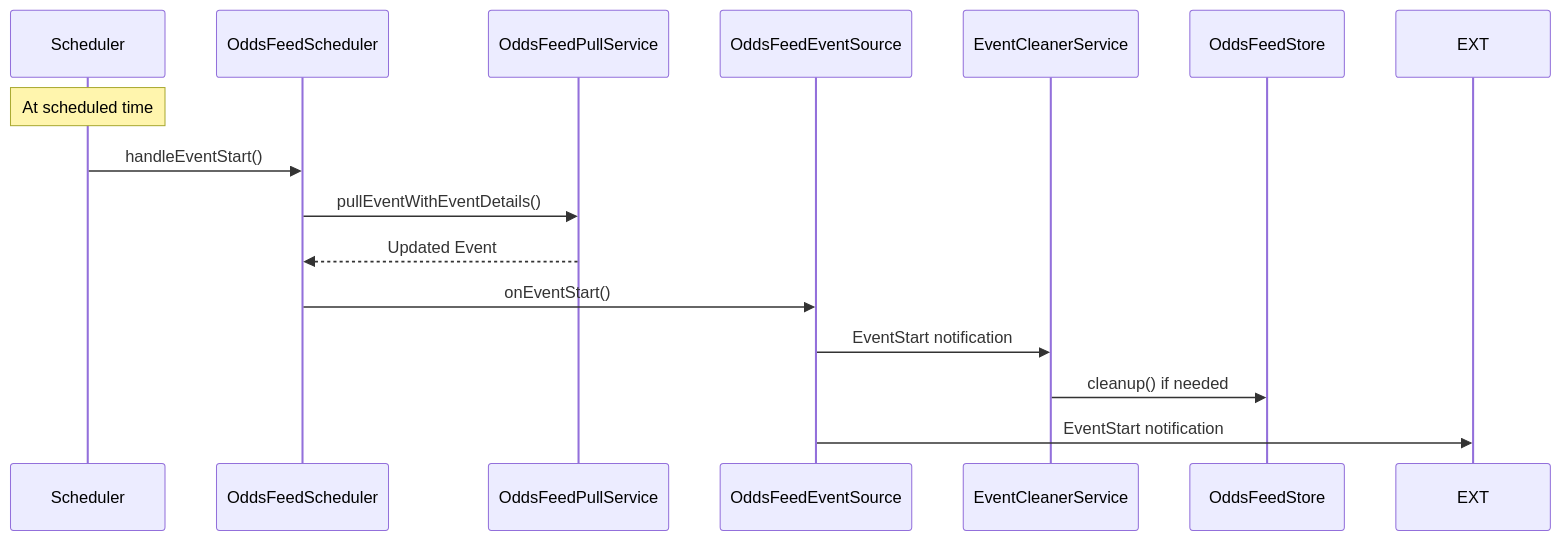
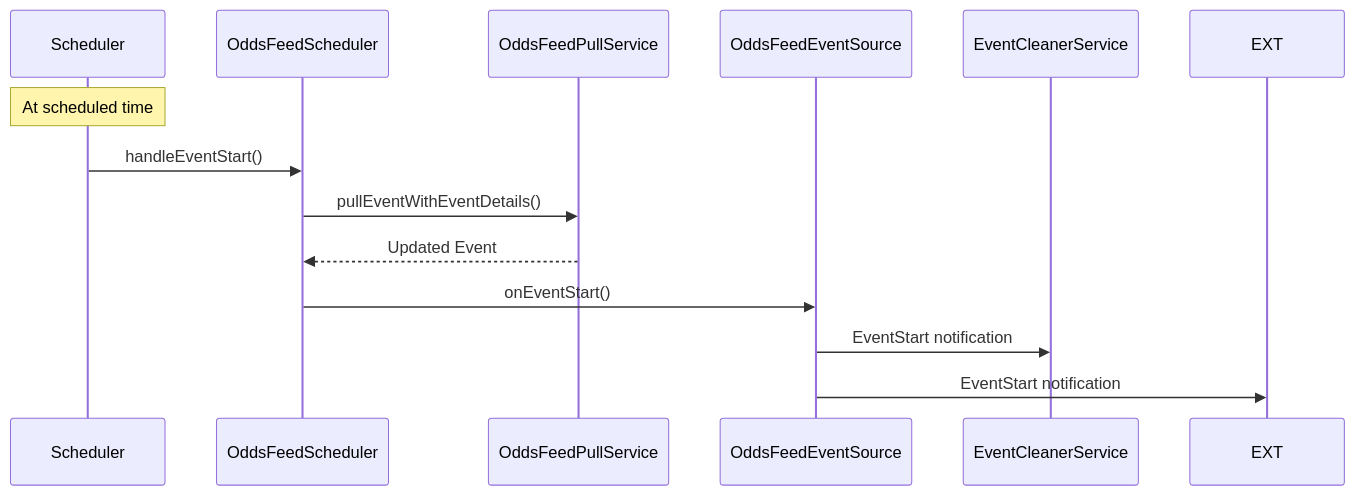
One commit to starixvn/l1_marble-games_odds-feed-client changed the third of 3 diagrams in README.md. Above: the diagram before and after it, drawn with Mermaid. The commit also changed other lines of this file and 25 other files, not shown here.

````diff
--- a/README.md
+++ b/README.md
@@ -116,18 +301,16 @@
 ```mermaid
 sequenceDiagram
     participant SCH as Scheduler
     participant SC as OddsFeedScheduler
     participant PS as OddsFeedPullService
     participant ES as OddsFeedEventSource
     participant CL as EventCleanerService
-    participant ST as OddsFeedStore
 
     Note over SCH: At scheduled time
     SCH->>SC: handleEventStart()
     SC->>PS: pullEventWithEventDetails()
     PS-->>SC: Updated Event
     SC->>ES: onEventStart()
     ES->>CL: EventStart notification
-    CL->>ST: cleanup() if needed
     ES->>EXT: EventStart notification
 ```
````
